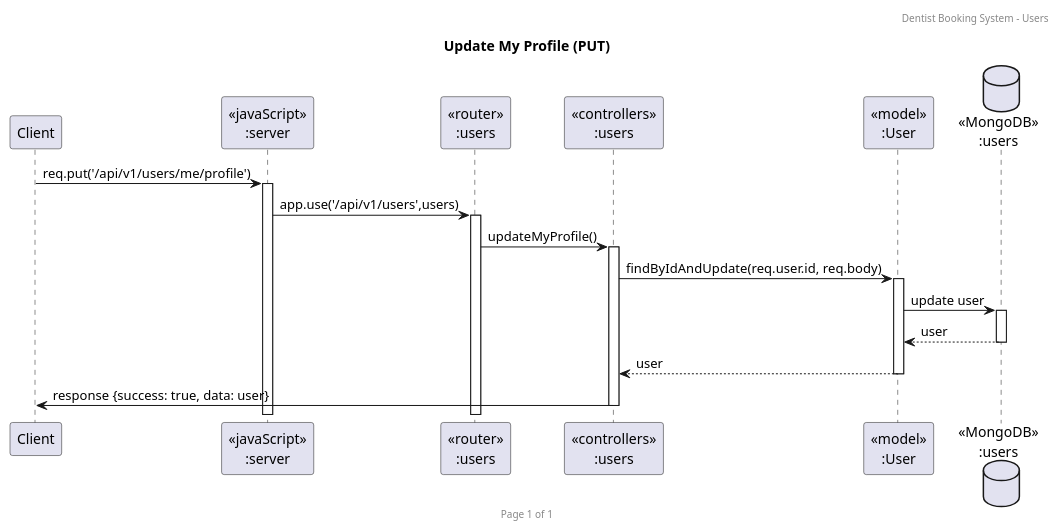
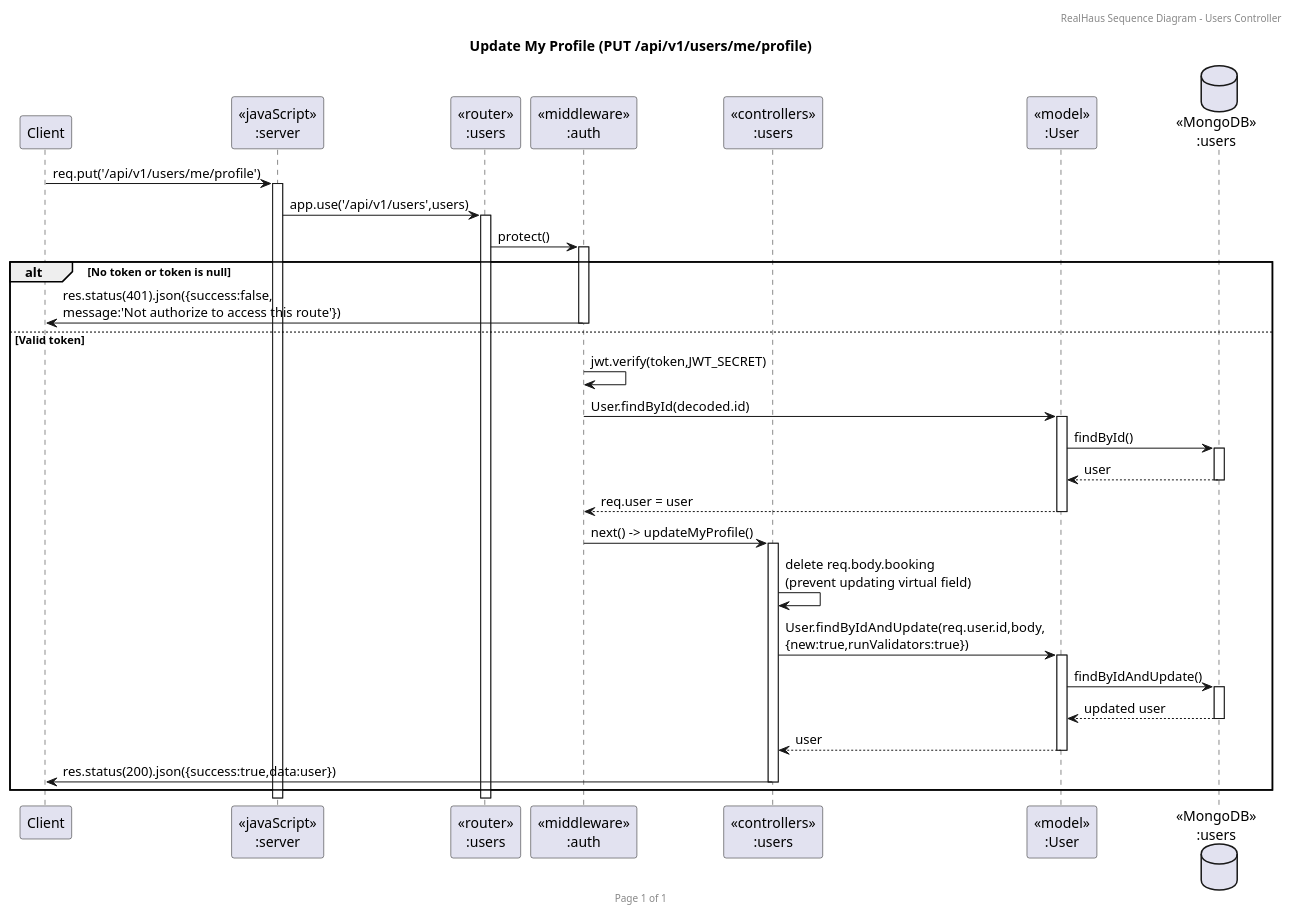
One commit to 2110503-CEDT68/se-project-be-68-2-haus89 changed the diagram in sequence-diagram/users/updateMyProfile.puml. Above: the diagram before and after it, drawn with PlantUML. The commit also changed 31 other files, not shown here.

Commit message:
fix: update User scheme, controllers, routes and sequence-diagram

```diff
--- a/sequence-diagram/users/updateMyProfile.puml
+++ b/sequence-diagram/users/updateMyProfile.puml
@@ -1,23 +1,39 @@
 @startuml Update My Profile (PUT)
 
-header Dentist Booking System - Users
+header RealHaus Sequence Diagram - Users Controller
 footer Page %page% of %lastpage%
-title "Update My Profile (PUT)"
+title "Update My Profile (PUT /api/v1/users/me/profile)"
 
 participant "Client" as client
 participant "<<javaScript>>\n:server" as server
 participant "<<router>>\n:users" as routerUsers
+participant "<<middleware>>\n:auth" as middlewareAuth
 participant "<<controllers>>\n:users" as controllersUsers
 participant "<<model>>\n:User" as modelUser
-database "<<MongoDB>>\n:users" as UsersDatabase
+database "<<MongoDB>>\n:users" as UsersDB
 
 client->server ++:req.put('/api/v1/users/me/profile')
 server->routerUsers ++:app.use('/api/v1/users',users)
-routerUsers -> controllersUsers ++:updateMyProfile()
-controllersUsers->modelUser ++:findByIdAndUpdate(req.user.id, req.body)
-modelUser ->UsersDatabase ++: update user
-UsersDatabase --> modelUser --: user
-controllersUsers <-- modelUser --:user
-controllersUsers->client --:response {success: true, data: user}
+routerUsers -> middlewareAuth ++:protect()
+
+alt No token or token is null
+    middlewareAuth->client --:res.status(401).json({success:false,\nmessage:'Not authorize to access this route'})
+else Valid token
+    middlewareAuth->middlewareAuth :jwt.verify(token,JWT_SECRET)
+    middlewareAuth->modelUser ++:User.findById(decoded.id)
+    modelUser->UsersDB ++: findById()
+    UsersDB-->modelUser --: user
+    middlewareAuth<--modelUser --:req.user = user
+    middlewareAuth -> controllersUsers ++:next() -> updateMyProfile()
+
+    controllersUsers->controllersUsers :delete req.body.booking\n(prevent updating virtual field)
+
+    controllersUsers->modelUser ++:User.findByIdAndUpdate(req.user.id,body,\n{new:true,runValidators:true})
+    modelUser->UsersDB ++: findByIdAndUpdate()
+    UsersDB-->modelUser --: updated user
+    controllersUsers<--modelUser --:user
+
+    controllersUsers->client --:res.status(200).json({success:true,data:user})
+end
 
 @enduml
```
